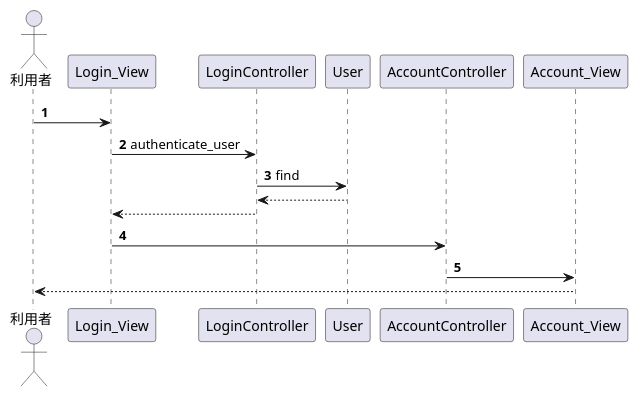
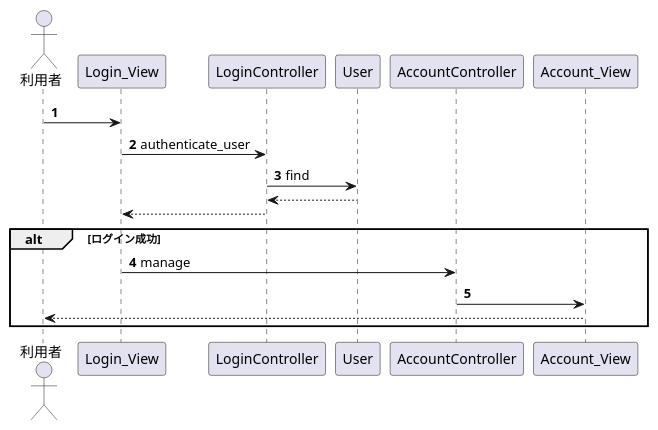
Before and after one commit to Leonis0813/chort: the second of 8 diagrams in algieba/sphinx/design_spec.rst, drawn with PlantUML. The commit also changed other lines of this file, not shown here.

```diff
--- a/algieba/sphinx/design_spec.rst
+++ b/algieba/sphinx/design_spec.rst
@@ -141,19 +141,21 @@
 .. uml::
 
    autonumber
 
    actor 利用者
    利用者 -> Login_View
    Login_View -> LoginController : authenticate_user
    LoginController -> User : find
 
    autonumber stop
    User --> LoginController
    LoginController --> Login_View
 
-   autonumber resume
-   Login_View -> AccountController
-   AccountController -> Account_View
+   alt ログイン成功
+     autonumber resume
+     Login_View -> AccountController : manage
+     AccountController -> Account_View
 
-   autonumber stop
-   Account_View --> 利用者
+     autonumber stop
+     Account_View --> 利用者
+   end
```
